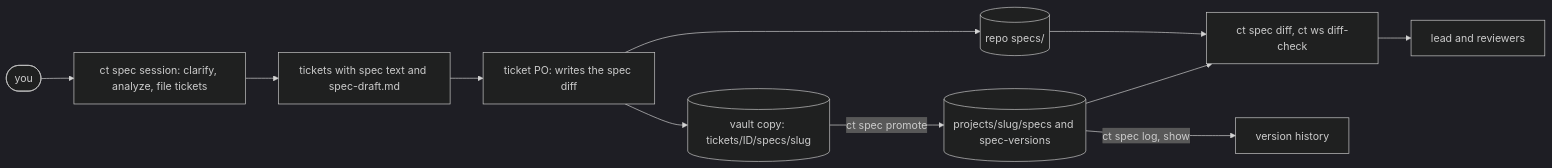
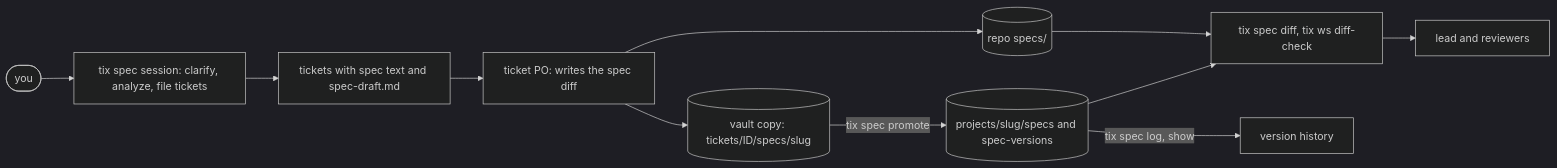
Before and after one commit to zero4573/claude-tickets: the first of 3 diagrams in docs/spec-workflow.md, drawn with Mermaid (dark theme). The commit also changed other lines of this file and 361 other files, not shown here.

First line of the commit message:
feat!: rename claude-tickets to tix and run sessions on kiro too

````diff
--- a/docs/spec-workflow.md
+++ b/docs/spec-workflow.md
@@ -16,13 +16,13 @@
 ```mermaid
 flowchart LR
-  user(["you"]) --> specs["ct spec session: clarify, analyze, file tickets"]
+  user(["you"]) --> specs["tix spec session: clarify, analyze, file tickets"]
   specs --> tickets["tickets with spec text and spec-draft.md"]
   tickets --> po["ticket PO: writes the spec diff"]
   po --> repospec[("repo specs/")]
   po --> copy[("vault copy: tickets/ID/specs/slug")]
-  copy -- "ct spec promote" --> vaultspec[("projects/slug/specs and spec-versions")]
-  repospec --> diff["ct spec diff, ct ws diff-check"]
+  copy -- "tix spec promote" --> vaultspec[("projects/slug/specs and spec-versions")]
+  repospec --> diff["tix spec diff, tix ws diff-check"]
   vaultspec --> diff
   diff --> lead["lead and reviewers"]
-  vaultspec -- "ct spec log, show" --> history["version history"]
+  vaultspec -- "tix spec log, show" --> history["version history"]
 ```
````
